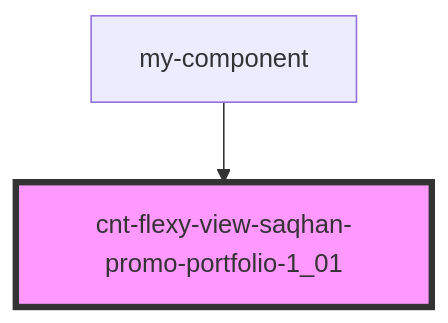
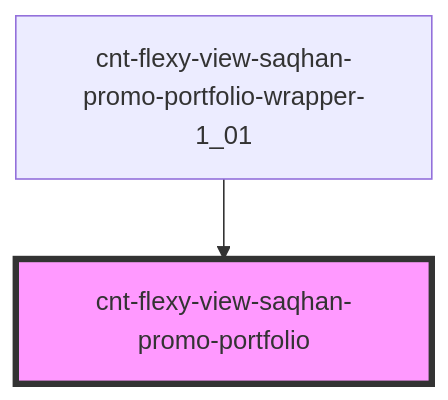
Before and after one commit to saqhan/s-promo: the diagram in src/components/cnt-flexy-view-saqhan-promo-portfolio-wrapper/res/view/cnt-flexy-view-saqhan-promo-portfolio/readme.md, drawn with Mermaid. The commit also changed other lines of this file and 167 other files, not shown here.

````diff
--- a/src/components/cnt-flexy-view-saqhan-promo-portfolio-wrapper/res/view/cnt-flexy-view-saqhan-promo-portfolio/readme.md
+++ b/src/components/cnt-flexy-view-saqhan-promo-portfolio-wrapper/res/view/cnt-flexy-view-saqhan-promo-portfolio/readme.md
@@ -22,5 +22,5 @@
 ```mermaid
 graph TD;
-  my-component --> cnt-flexy-view-saqhan-promo-portfolio-1_01
-  style cnt-flexy-view-saqhan-promo-portfolio-1_01 fill:#f9f,stroke:#333,stroke-width:4px
+  cnt-flexy-view-saqhan-promo-portfolio-wrapper-1_01 --> cnt-flexy-view-saqhan-promo-portfolio
+  style cnt-flexy-view-saqhan-promo-portfolio fill:#f9f,stroke:#333,stroke-width:4px
 ```
````
